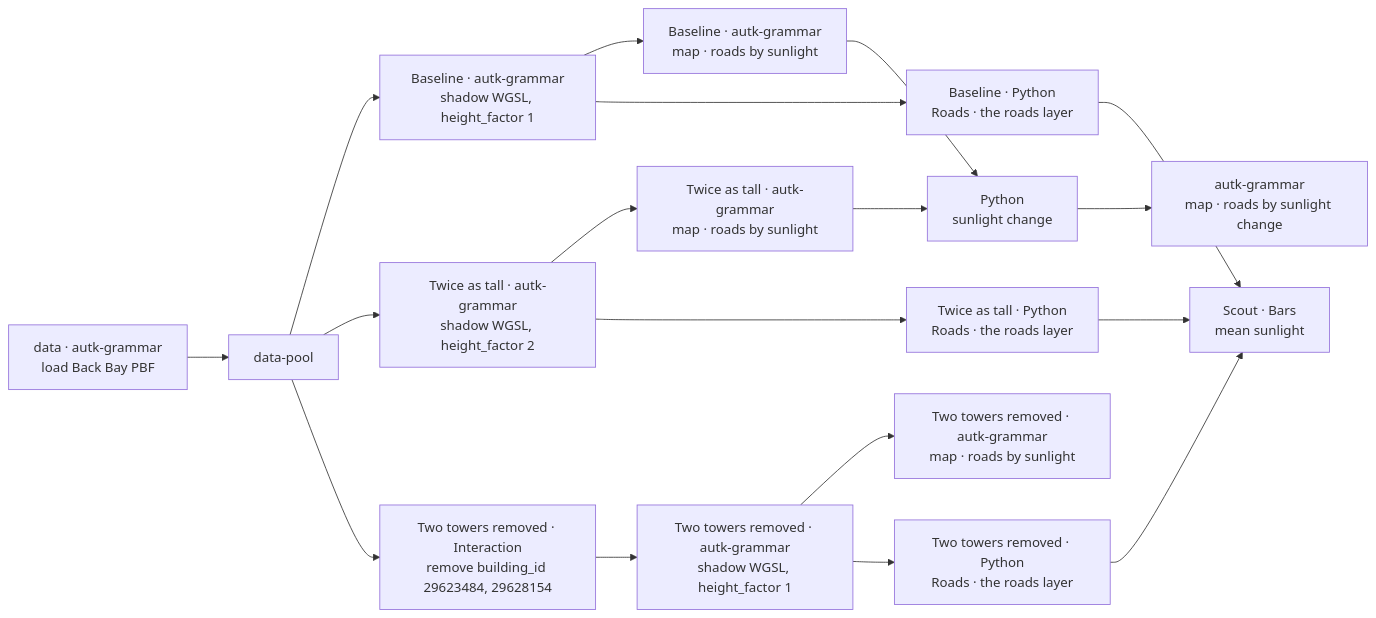
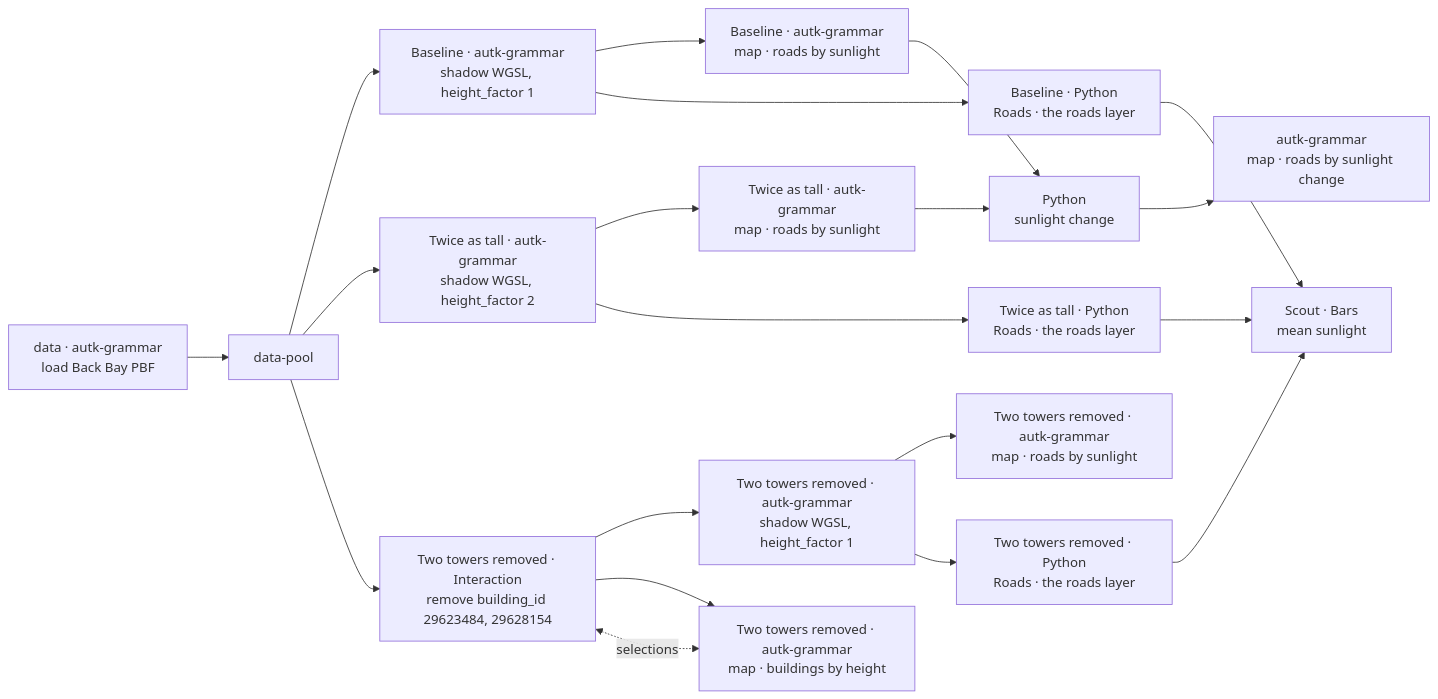
The diagram in docs/examples/06-back-bay-road-sunlight.md (urban-toolkit/curio), drawn with Mermaid before and after one commit. The commit also changed other lines of this file and 4 other files, not shown here.

Commit message:
Example 06: the towers lever feeds a buildings map in its scenario box and is linked to it

````diff
--- a/docs/examples/06-back-bay-road-sunlight.md
+++ b/docs/examples/06-back-bay-road-sunlight.md
@@ -19,31 +19,34 @@
 ```mermaid
 flowchart LR
   D["data · autk-grammar<br/>load Back Bay PBF"]
   P["data-pool"]
   BC["Baseline · autk-grammar<br/>shadow WGSL, height_factor 1"]
   BM["Baseline · autk-grammar<br/>map · roads by sunlight"]
   BR["Baseline · Python<br/>Roads · the roads layer"]
   MC["Twice as tall · autk-grammar<br/>shadow WGSL, height_factor 2"]
   MM["Twice as tall · autk-grammar<br/>map · roads by sunlight"]
   MR["Twice as tall · Python<br/>Roads · the roads layer"]
   TE["Two towers removed · Interaction<br/>remove building_id 29623484, 29628154"]
+  TB["Two towers removed · autk-grammar<br/>map · buildings by height"]
   TC["Two towers removed · autk-grammar<br/>shadow WGSL, height_factor 1"]
   TM["Two towers removed · autk-grammar<br/>map · roads by sunlight"]
   TR["Two towers removed · Python<br/>Roads · the roads layer"]
   CC["Scout · Bars<br/>mean sunlight"]
   CD["Python<br/>sunlight change"]
   DM["autk-grammar<br/>map · roads by sunlight change"]
   D --> P
   P --> BC --> BM
   BC --> BR
   P --> MC --> MM
   MC --> MR
   P --> TE --> TC --> TM
+  TE --> TB
+  TE <-. selections .-> TB
   TC --> TR
   BR --> CC
   MR --> CC
   TR --> CC
   BM --> CD
   MM --> CD
   CD --> DM
 ```
````
